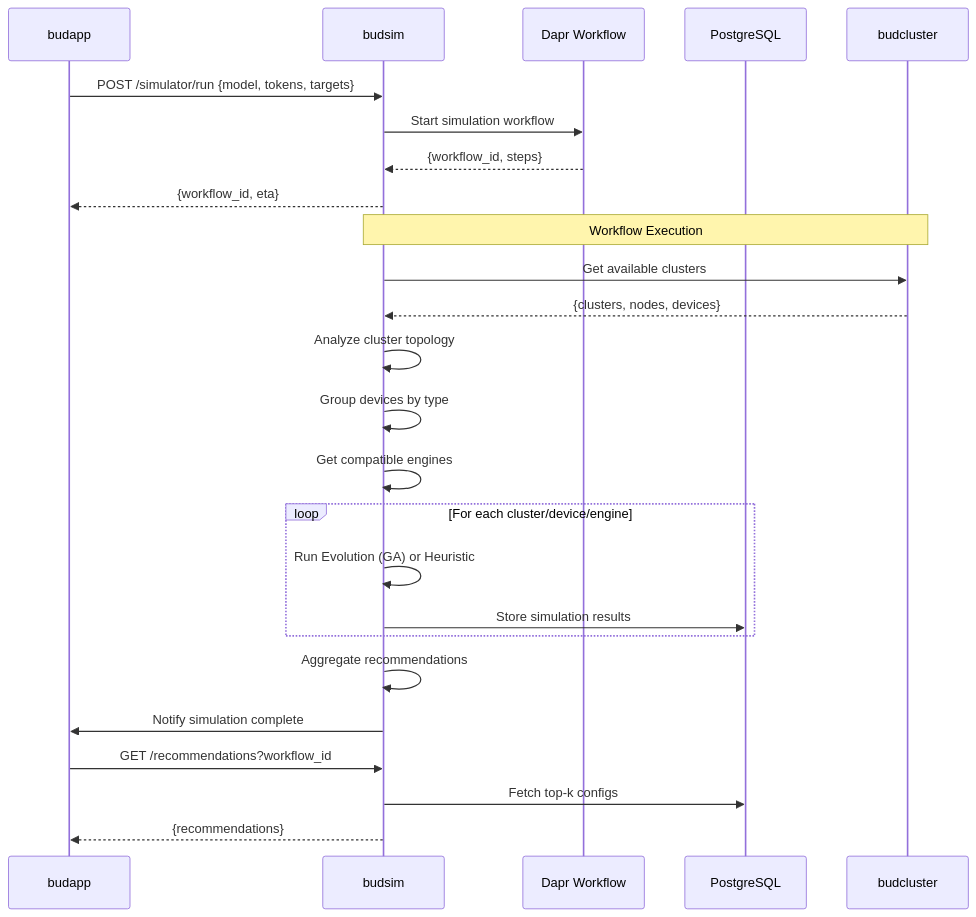
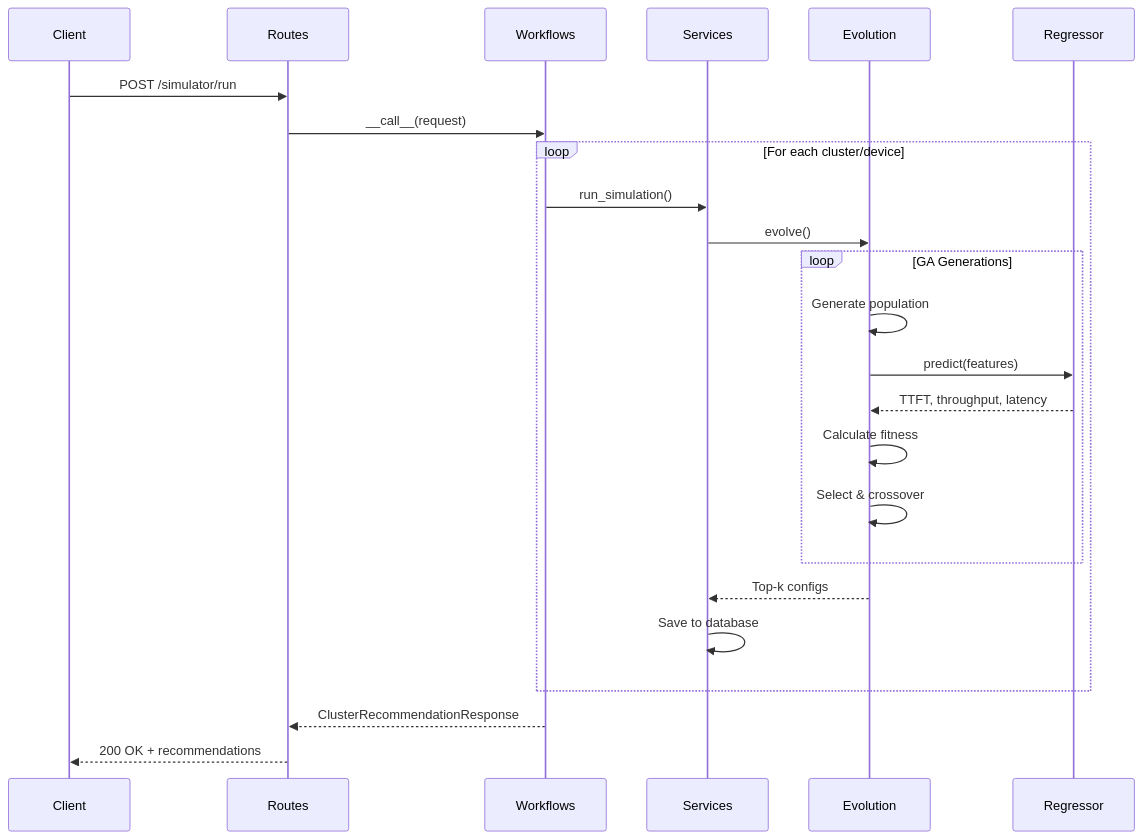
The diagram in docs/product/services/images/budsim-simulation-flow.mmd (BudEcosystem/bud-runtime), drawn with Mermaid before and after one commit. The commit also changed 16 other files, not shown here.

```diff
--- a/docs/product/services/images/budsim-simulation-flow.mmd
+++ b/docs/product/services/images/budsim-simulation-flow.mmd
@@ -1,30 +1,30 @@
 %%{init: {'theme': 'default', 'themeVariables': {'background': '#ffffff'}}}%%
 sequenceDiagram
-    participant budapp
-    participant budsim
-    participant Dapr as Dapr Workflow
-    participant PostgreSQL
-    participant budcluster
+    participant Client
+    participant Routes
+    participant Workflows
+    participant Services
+    participant Evolution
+    participant Regressor
 
-    budapp->>budsim: POST /simulator/run {model, tokens, targets}
-    budsim->>Dapr: Start simulation workflow
-    Dapr-->>budsim: {workflow_id, steps}
-    budsim-->>budapp: {workflow_id, eta}
+    Client->>Routes: POST /simulator/run
+    Routes->>Workflows: __call__(request)
 
-    Note over budsim,budcluster: Workflow Execution
-    budsim->>budcluster: Get available clusters
-    budcluster-->>budsim: {clusters, nodes, devices}
-    budsim->>budsim: Analyze cluster topology
-    budsim->>budsim: Group devices by type
-    budsim->>budsim: Get compatible engines
+    loop For each cluster/device
+        Workflows->>Services: run_simulation()
+        Services->>Evolution: evolve()
 
-    loop For each cluster/device/engine
-        budsim->>budsim: Run Evolution (GA) or Heuristic
-        budsim->>PostgreSQL: Store simulation results
+        loop GA Generations
+            Evolution->>Evolution: Generate population
+            Evolution->>Regressor: predict(features)
+            Regressor-->>Evolution: TTFT, throughput, latency
+            Evolution->>Evolution: Calculate fitness
+            Evolution->>Evolution: Select & crossover
+        end
+
+        Evolution-->>Services: Top-k configs
+        Services->>Services: Save to database
     end
 
-    budsim->>budsim: Aggregate recommendations
-    budsim->>budapp: Notify simulation complete
-    budapp->>budsim: GET /recommendations?workflow_id
-    budsim->>PostgreSQL: Fetch top-k configs
-    budsim-->>budapp: {recommendations}
+    Workflows-->>Routes: ClusterRecommendationResponse
+    Routes-->>Client: 200 OK + recommendations
```
